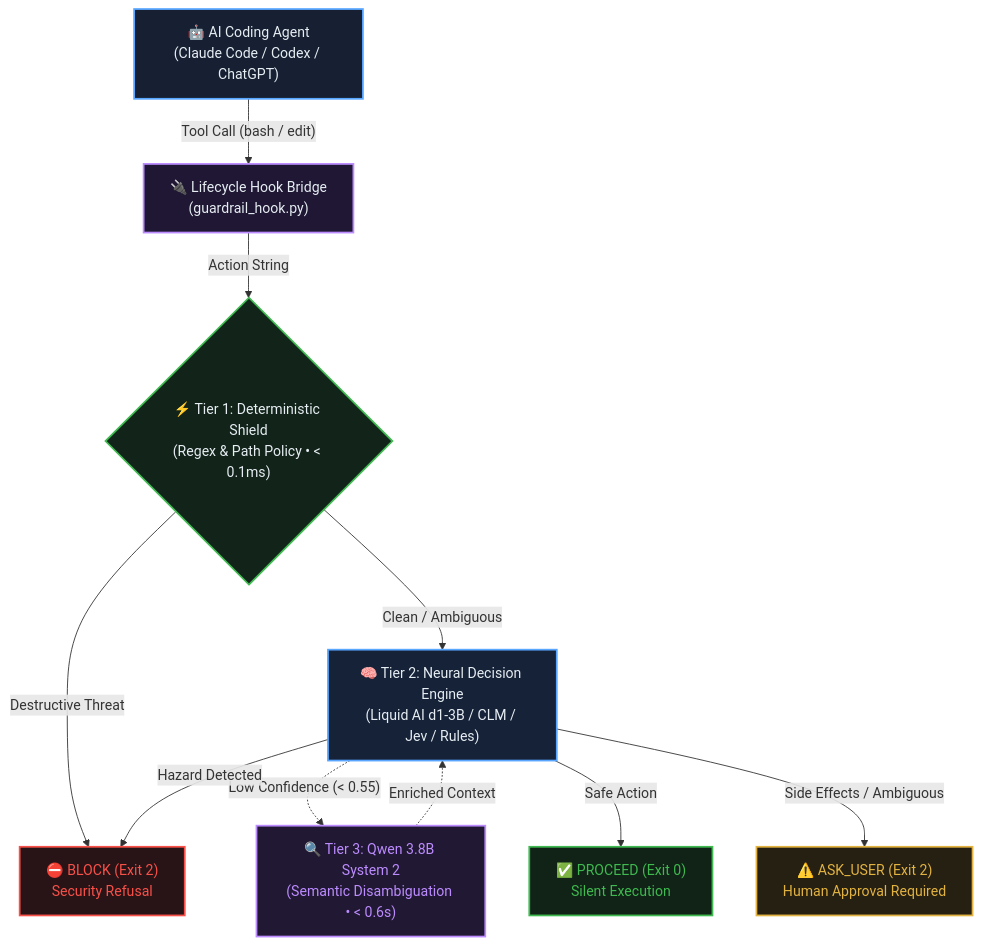
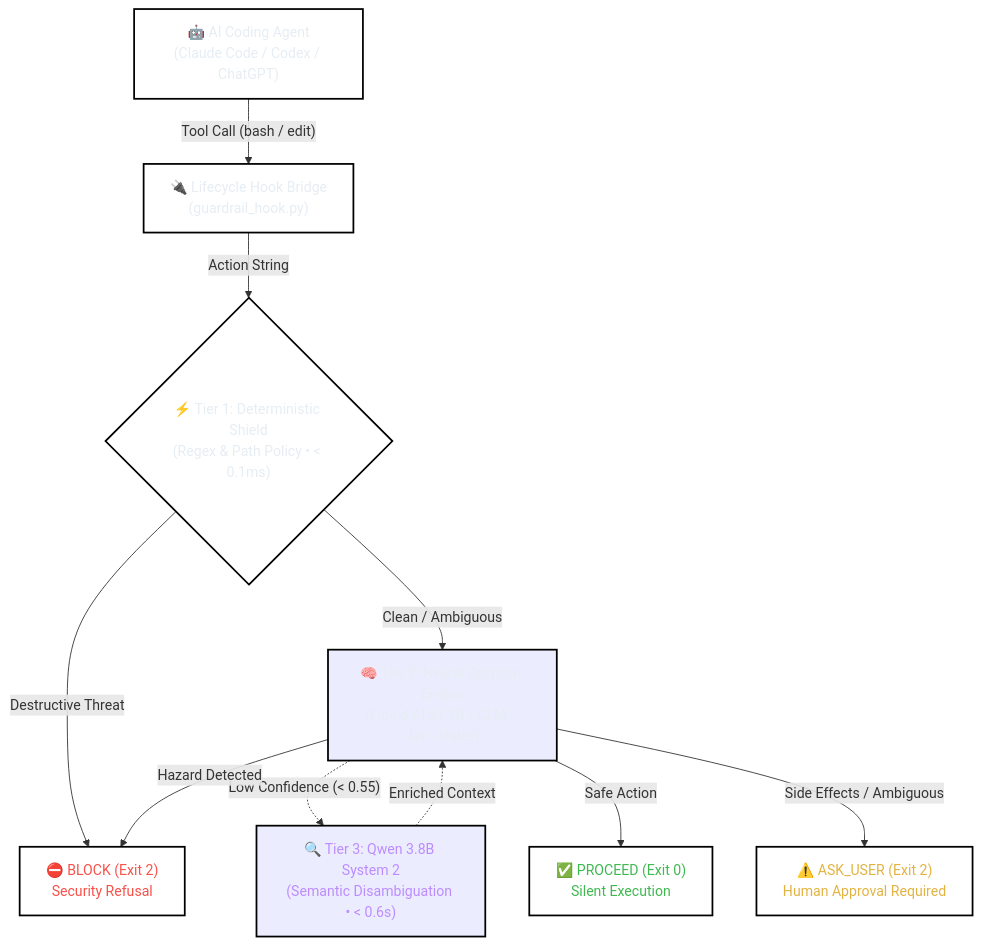
Before and after one commit to Bl4ckk01/agent-guardrail: the diagram in README.md, drawn with Mermaid. The commit also changed other lines of this file, not shown here.

````diff
--- a/README.md
+++ b/README.md
@@ -138,35 +138,35 @@
 ```mermaid
 flowchart TD
     AGENT["🤖 AI Coding Agent<br/>(Claude Code / Codex / ChatGPT)"]
     HOOK["🔌 Lifecycle Hook Bridge<br/>(guardrail_hook.py)"]
     TIER1{"⚡ Tier 1: Deterministic Shield<br/>(Regex &amp; Path Policy &bull; &lt; 0.1ms)"}
 
     TIER2["🧠 Tier 2: Neural Decision Engine<br/>(Liquid AI d1-3B / CLM / Jev / Rules)"]
     TIER3["🔍 Tier 3: Qwen 3.8B System 2<br/>(Semantic Disambiguation &bull; &lt; 0.6s)"]
 
     PROCEED["✅ PROCEED (Exit 0)<br/>Silent Execution"]
     ASK["⚠️ ASK_USER (Exit 2)<br/>Human Approval Required"]
     BLOCK["⛔ BLOCK (Exit 2)<br/>Security Refusal"]
 
     AGENT -->|"Tool Call (bash / edit)"| HOOK
     HOOK -->|"Action String"| TIER1
 
     TIER1 -->|"Destructive Threat"| BLOCK
     TIER1 -->|"Clean / Ambiguous"| TIER2
 
     TIER2 -.->|"Low Confidence (&lt; 0.55)"| TIER3
     TIER3 -.->|"Enriched Context"| TIER2
 
     TIER2 -->|"Safe Action"| PROCEED
     TIER2 -->|"Side Effects / Ambiguous"| ASK
     TIER2 -->|"Hazard Detected"| BLOCK
 
-    style AGENT fill:#162032,stroke:#58a6ff,stroke-width:2px,color:#e6edf3
-    style HOOK fill:#1f1733,stroke:#bc8cff,stroke-width:2px,color:#e6edf3
-    style TIER1 fill:#122419,stroke:#3fb950,stroke-width:2px,color:#e6edf3
-    style TIER2 fill:#162238,stroke:#58a6ff,stroke-width:2px,color:#e6edf3
-    style TIER3 fill:#211833,stroke:#bc8cff,stroke-width:2px,color:#bc8cff
-    style PROCEED fill:#102316,stroke:#3fb950,stroke-width:2px,color:#3fb950
-    style ASK fill:#262013,stroke:#e3b341,stroke-width:2px,color:#e3b341
-    style BLOCK fill:#281417,stroke:#f85149,stroke-width:2px,color:#f85149
+    style AGENT fill:#ffffff,stroke:#000000,stroke-width:2px,color:#e6edf3
+    style HOOK fill:#ffffff,stroke:#000000,stroke-width:2px,color:#e6edf3
+    style TIER1 fill:#ffffff,stroke:#000000,stroke-width:2px,color:#e6edf3
+    style TIER2 fill:fill:#ffffff,stroke:#000000,stroke-width:2px,color:#e6edf3
+    style TIER3 fill:fill:#ffffff,stroke:#000000,stroke-width:2px,color:#bc8cff
+    style PROCEED fill:#ffffff,stroke:#000000,stroke-width:2px,color:#3fb950
+    style ASK fill:#ffffff,stroke:#000000,stroke-width:2px,color:#e3b341
+    style BLOCK fill:#ffffff,stroke:#000000,stroke-width:2px,color:#f85149
 ```
````
